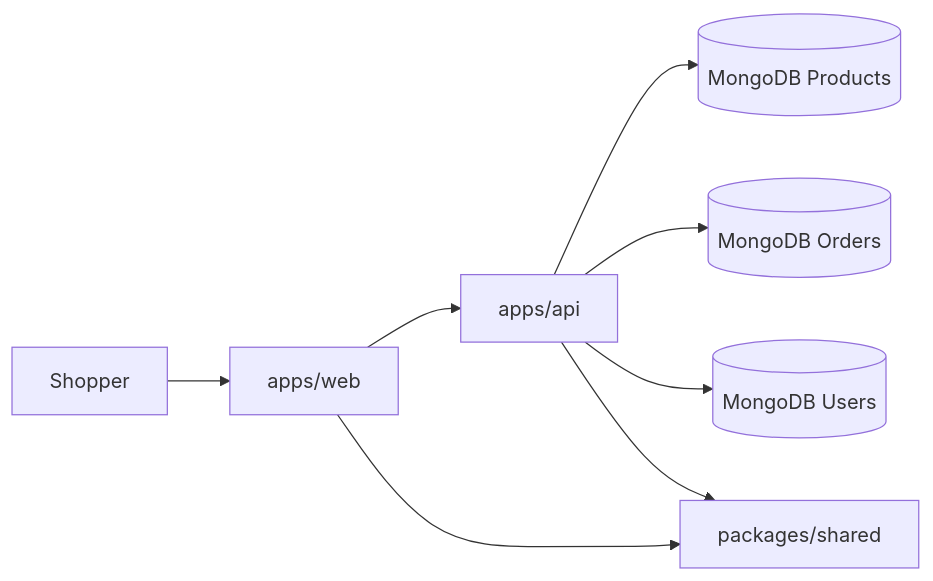
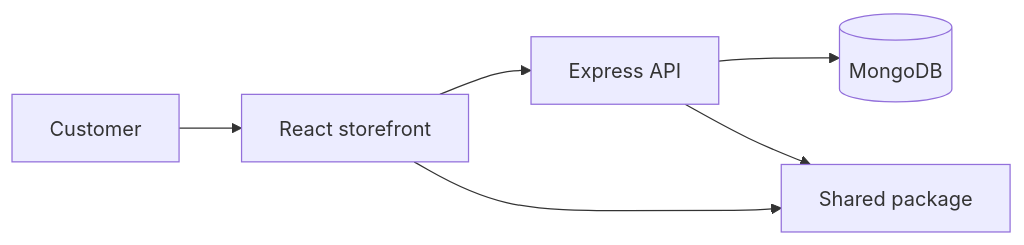
The diagram in README.md (YosephAwoke/JMart), drawn with Mermaid before and after one commit. The commit also changed other lines of this file, not shown here.

````diff
--- a/README.md
+++ b/README.md
@@ -35,10 +72,8 @@
 ```mermaid
 flowchart LR
-	User[Shopper] --> Web[apps/web]
-	Web --> API[apps/api]
-	API --> Products[(MongoDB Products)]
-	API --> Orders[(MongoDB Orders)]
-	API --> Auth[(MongoDB Users)]
-	Web --> Shared[packages/shared]
-	API --> Shared
+  Customer[Customer] --> Web[React storefront]
+  Web --> API[Express API]
+  API --> MongoDB[(MongoDB)]
+  Web --> Shared[Shared package]
+  API --> Shared
 ```
````
